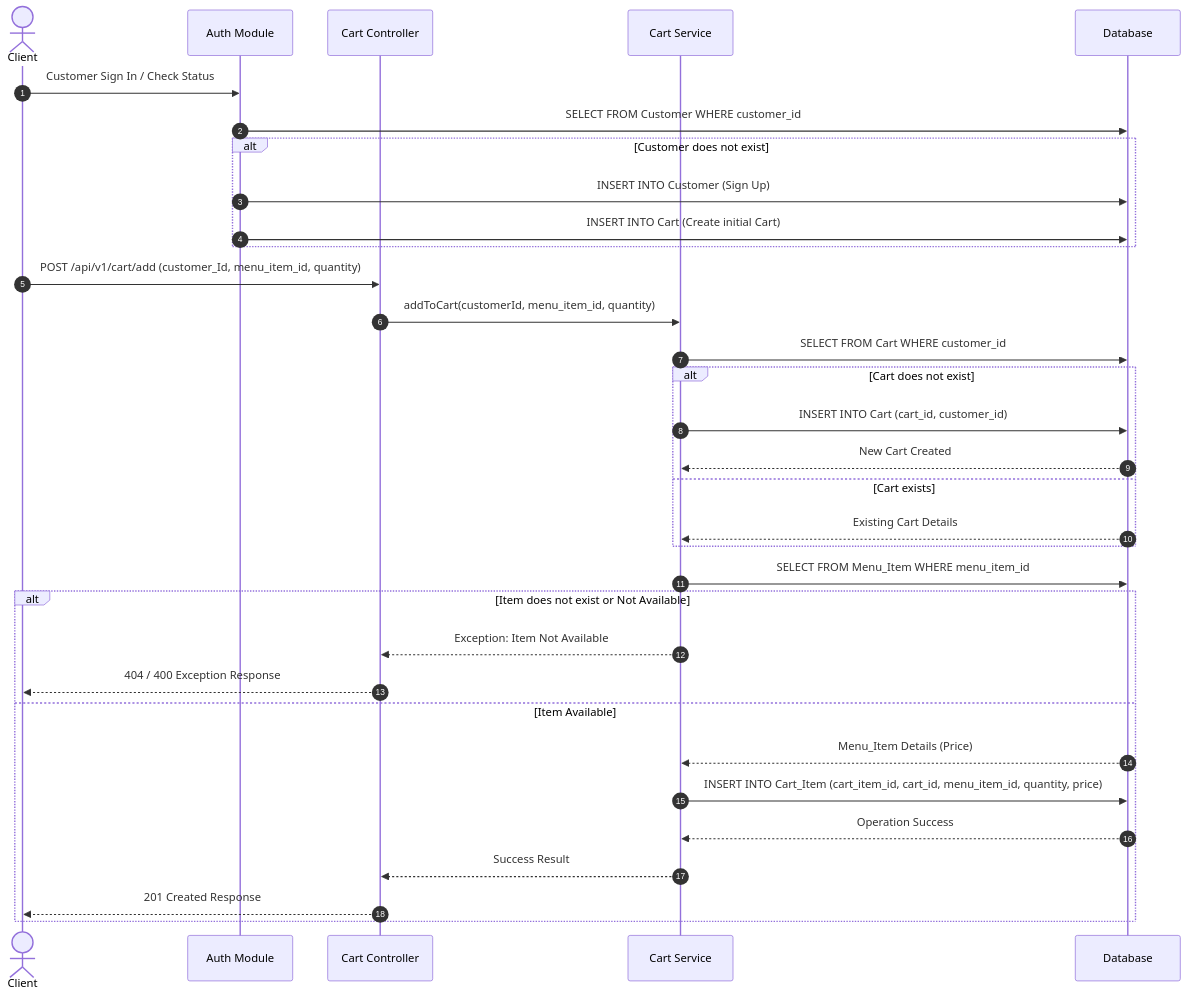
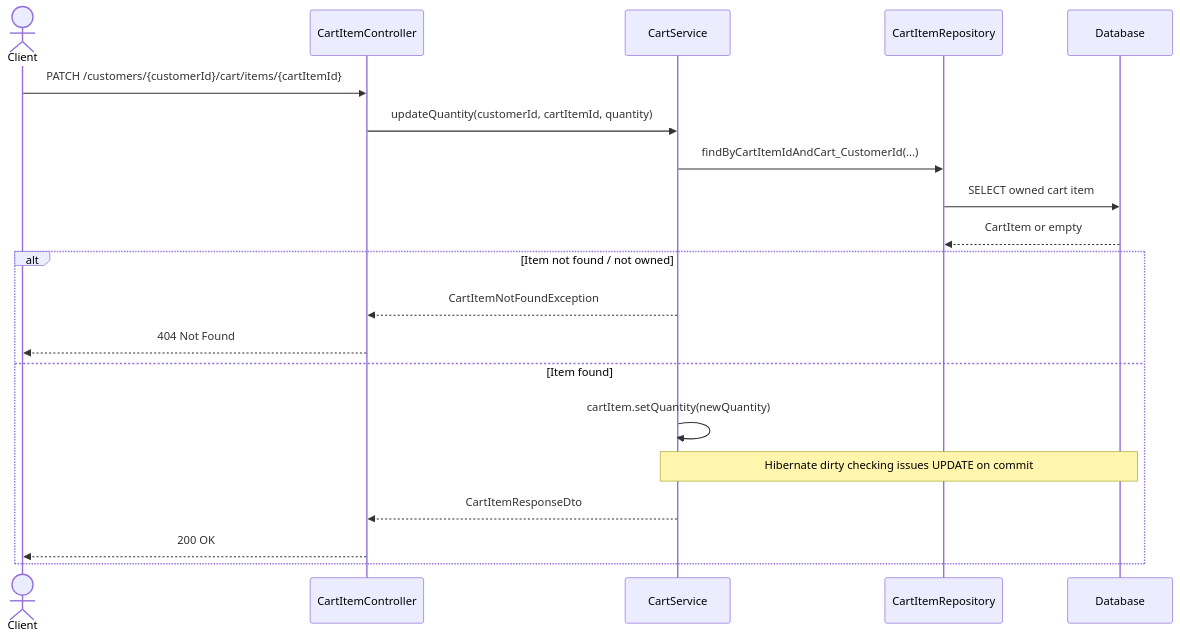
Before and after one commit to w2t-el-develop/food_delivery_api: the seventh of 15 diagrams in README.md, drawn with Mermaid. The commit also changed other lines of this file, not shown here.

````diff
--- a/README.md
+++ b/README.md
@@ -83,39 +533,25 @@
 ```mermaid
 sequenceDiagram
-    autonumber
-    actor Client as Client 
-    participant Auth as Auth Module
-    participant CartAPI as Cart Controller
-    participant Service as Cart Service
+    actor Client
+    participant CIC as CartItemController
+    participant CS as CartService
+    participant CIR as CartItemRepository
     participant DB as Database
 
-    Client->>Auth: Customer Sign In / Check Status
-    Auth->>DB: SELECT FROM Customer WHERE customer_id
-    alt Customer does not exist
-        Auth->>DB: INSERT INTO Customer (Sign Up)
-        Auth->>DB: INSERT INTO Cart (Create initial Cart)
-    end
+    Client->>CIC: PATCH /customers/{customerId}/cart/items/{cartItemId}
+    CIC->>CS: updateQuantity(customerId, cartItemId, quantity)
 
-    Client->>CartAPI: POST /api/v1/cart/add (customer_Id, menu_item_id, quantity)
-    CartAPI->>Service: addToCart(customerId, menu_item_id, quantity)
-    
-    Service->>DB: SELECT FROM Cart WHERE customer_id
-    alt Cart does not exist
-        Service->>DB: INSERT INTO Cart (cart_id, customer_id)
-        DB-->>Service: New Cart Created
-    else Cart exists
-        DB-->>Service: Existing Cart Details
-    end
+    CS->>CIR: findByCartItemIdAndCart_CustomerId(...)
+    CIR->>DB: SELECT owned cart item
+    DB-->>CIR: CartItem or empty
 
-    Service->>DB: SELECT FROM Menu_Item WHERE menu_item_id
-    alt Item does not exist or Not Available
-        Service-->>CartAPI: Exception: Item Not Available
-        CartAPI-->>Client: 404 / 400 Exception Response
-    else Item Available
-        DB-->>Service: Menu_Item Details (Price)
-        Service->>DB: INSERT INTO Cart_Item (cart_item_id, cart_id, menu_item_id, quantity, price)
-        DB-->>Service: Operation Success
-        Service-->>CartAPI: Success Result
-        CartAPI-->>Client: 201 Created Response
+    alt Item not found / not owned
+        CS-->>CIC: CartItemNotFoundException
+        CIC-->>Client: 404 Not Found
+    else Item found
+        CS->>CS: cartItem.setQuantity(newQuantity)
+        Note over CS,DB: Hibernate dirty checking issues UPDATE on commit
+        CS-->>CIC: CartItemResponseDto
+        CIC-->>Client: 200 OK
     end
 ```
````
